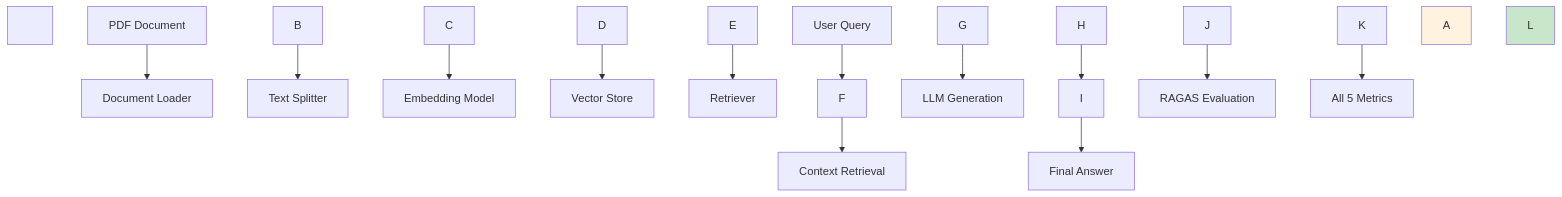
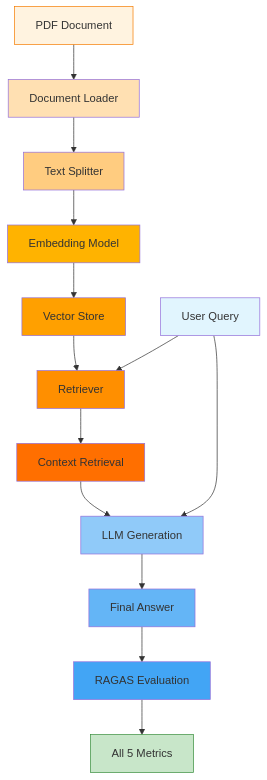
One commit to dhruvsh1997/RAGAS-Experiments changed the second of 4 diagrams in README.MD. Above: the diagram before and after it, drawn with Mermaid. The commit also changed other lines of this file, not shown here.

````diff
--- a/README.MD
+++ b/README.MD
@@ -147,35 +78,28 @@
 ```mermaid
-
 graph TD
-
-&nbsp;   A\[PDF Document] --> B\[Document Loader]
-
-&nbsp;   B --> C\[Text Splitter]
-
-&nbsp;   C --> D\[Embedding Model]
-
-&nbsp;   D --> E\[Vector Store]
-
-&nbsp;   E --> F\[Retriever]
-
-&nbsp;   F --> G\[Context Retrieval]
-
-&nbsp;   H\[User Query] --> F
-
-&nbsp;   G --> I\[LLM Generation]
-
-&nbsp;   H --> I
-
-&nbsp;   I --> J\[Final Answer]
-
-&nbsp;   J --> K\[RAGAS Evaluation]
-
-&nbsp;   K --> L\[All 5 Metrics]
-
-&nbsp;   
-
-&nbsp;   style A fill:#fff3e0
-
-&nbsp;   style L fill:#c8e6c9
-
+    A[PDF Document] --> B[Document Loader]
+    B --> C[Text Splitter]
+    C --> D[Embedding Model]
+    D --> E[Vector Store]
+    E --> F[Retriever]
+    F --> G[Context Retrieval]
+    H[User Query] --> F
+    G --> I[LLM Generation]
+    H --> I
+    I --> J[Final Answer]
+    J --> K[RAGAS Evaluation]
+    K --> L[All 5 Metrics]
+    
+    style A fill:#fff3e0,stroke:#f57c00
+    style B fill:#ffe0b2
+    style C fill:#ffcc80
+    style D fill:#ffb300
+    style E fill:#ffa000
+    style F fill:#ff8f00
+    style G fill:#ff6f00
+    style H fill:#e1f5fe
+    style I fill:#90caf9
+    style J fill:#64b5f6
+    style K fill:#42a5f5
+    style L fill:#c8e6c9,stroke:#388e3c
 ```
````
